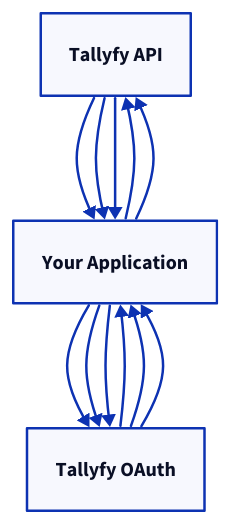
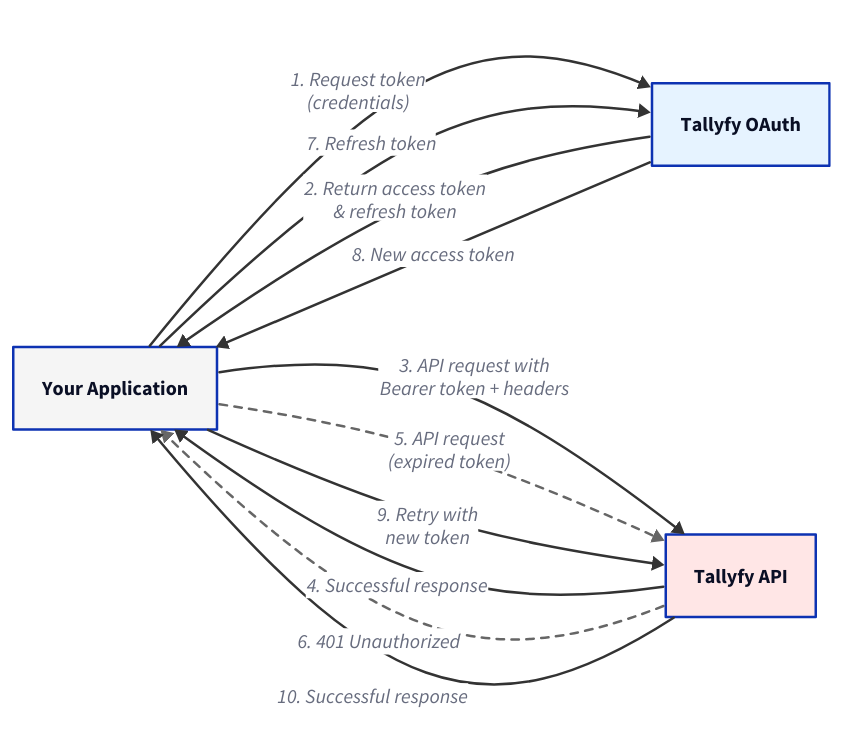
The diagram in src/content/docs/pro/integrations/open-api/how-to-integrate-with-tallyfy-using-api.mdx (tallyfy/documentation), drawn with D2 before and after one commit. The commit also changed 17 other files, not shown here.

````diff
--- a/src/content/docs/pro/integrations/open-api/how-to-integrate-with-tallyfy-using-api.mdx
+++ b/src/content/docs/pro/integrations/open-api/how-to-integrate-with-tallyfy-using-api.mdx
@@ -76,19 +76,51 @@
 ```d2
-API: Tallyfy API
-App: Your Application
-Auth: Tallyfy OAuth
-shape: rectangle
-style.stroke-dash: 3
+direction: right
 
-App -> Auth
-Auth -> App
-App -> Auth
-Auth -> App
-App -> API
-API -> App
-API -> App
-App -> Auth
-Auth -> App
-App -> API
-API -> App
+App: Your Application {
+  shape: rectangle
+  style.fill: "#f5f5f5"
+}
+
+Auth: Tallyfy OAuth {
+  shape: rectangle
+  style.fill: "#e6f3ff"
+}
+
+API: Tallyfy API {
+  shape: rectangle
+  style.fill: "#ffe6e6"
+}
+
+App -> Auth: "1. Request token\n(credentials)" {
+  style.stroke: "#333"
+}
+Auth -> App: "2. Return access token\n& refresh token" {
+  style.stroke: "#333"
+}
+App -> API: "3. API request with\nBearer token + headers" {
+  style.stroke: "#333"
+}
+API -> App: "4. Successful response" {
+  style.stroke: "#333"
+}
+App -> API: "5. API request\n(expired token)" {
+  style.stroke: "#666"
+  style.stroke-dash: 3
+}
+API -> App: "6. 401 Unauthorized" {
+  style.stroke: "#666"
+  style.stroke-dash: 3
+}
+App -> Auth: "7. Refresh token" {
+  style.stroke: "#333"
+}
+Auth -> App: "8. New access token" {
+  style.stroke: "#333"
+}
+App -> API: "9. Retry with\nnew token" {
+  style.stroke: "#333"
+}
+API -> App: "10. Successful response" {
+  style.stroke: "#333"
+}
 ```
````
